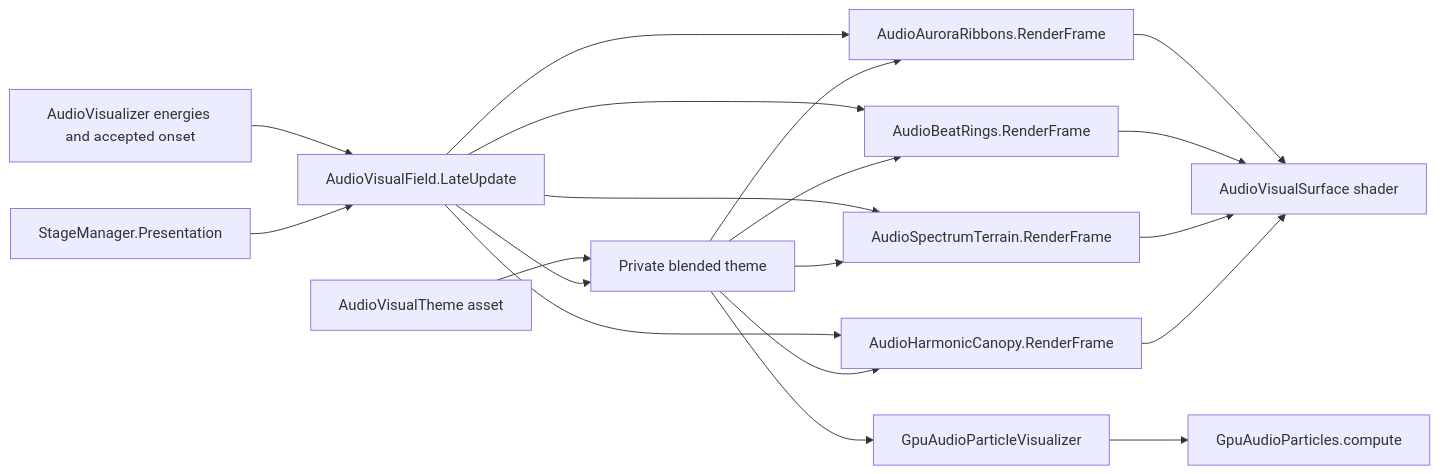
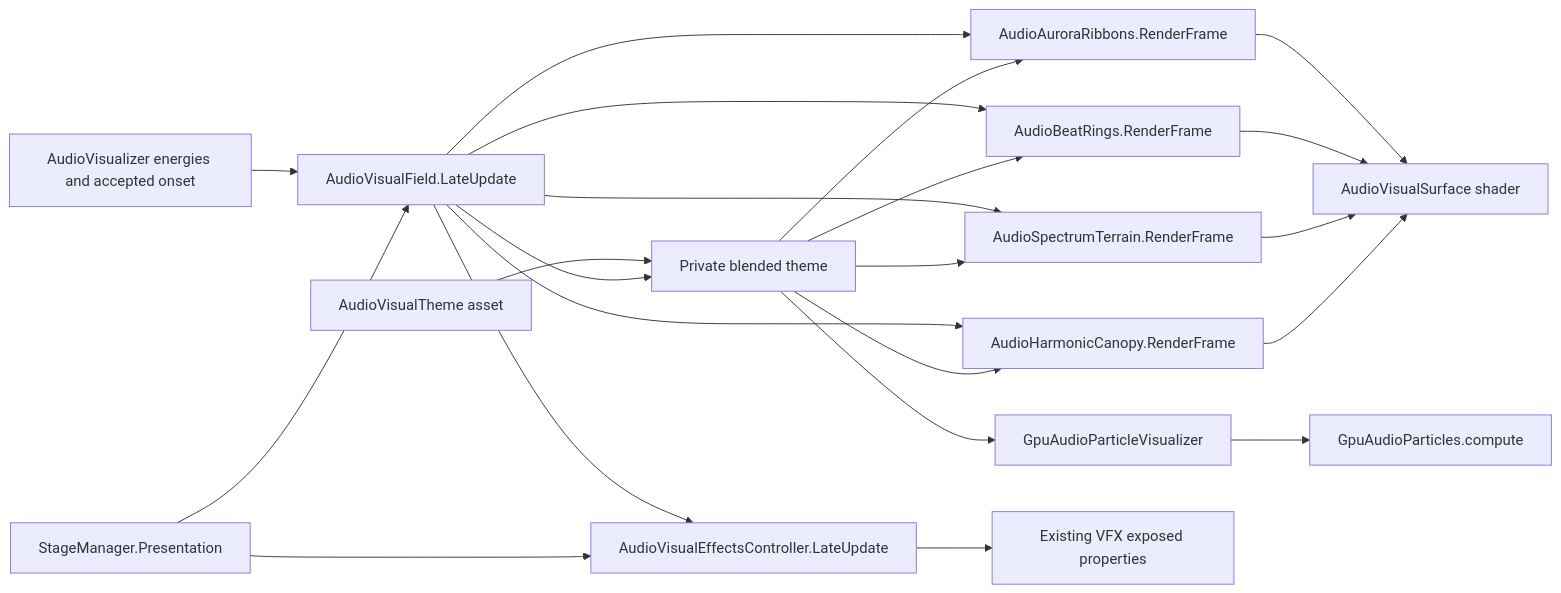
The diagram in docs/visual-research.md (kukudia/MR-VD), drawn with Mermaid before and after one commit. The commit also changed other lines of this file and 8 other files, not shown here.

First line of the commit message:
feat: coordinate existing VFX graphs with spectral appearance

````diff
--- a/docs/visual-research.md
+++ b/docs/visual-research.md
@@ -45,21 +45,24 @@
 ```mermaid
 flowchart LR
     A[AudioVisualizer energies and accepted onset] --> F[AudioVisualField.LateUpdate]
     S[StageManager.Presentation] --> F
     T[AudioVisualTheme asset] --> B[Private blended theme]
     F --> B
     F --> R[AudioAuroraRibbons.RenderFrame]
     F --> P[AudioBeatRings.RenderFrame]
     F --> H[AudioSpectrumTerrain.RenderFrame]
     F --> K[AudioHarmonicCanopy.RenderFrame]
     B --> R
     B --> P
     B --> H
     B --> K
     B --> G[GpuAudioParticleVisualizer]
+    F --> V[AudioVisualEffectsController.LateUpdate]
+    S --> V
+    V --> Q[Existing VFX exposed properties]
     G --> C[GpuAudioParticles.compute]
     R --> M[AudioVisualSurface shader]
     P --> M
     H --> M
     K --> M
 ```
````
